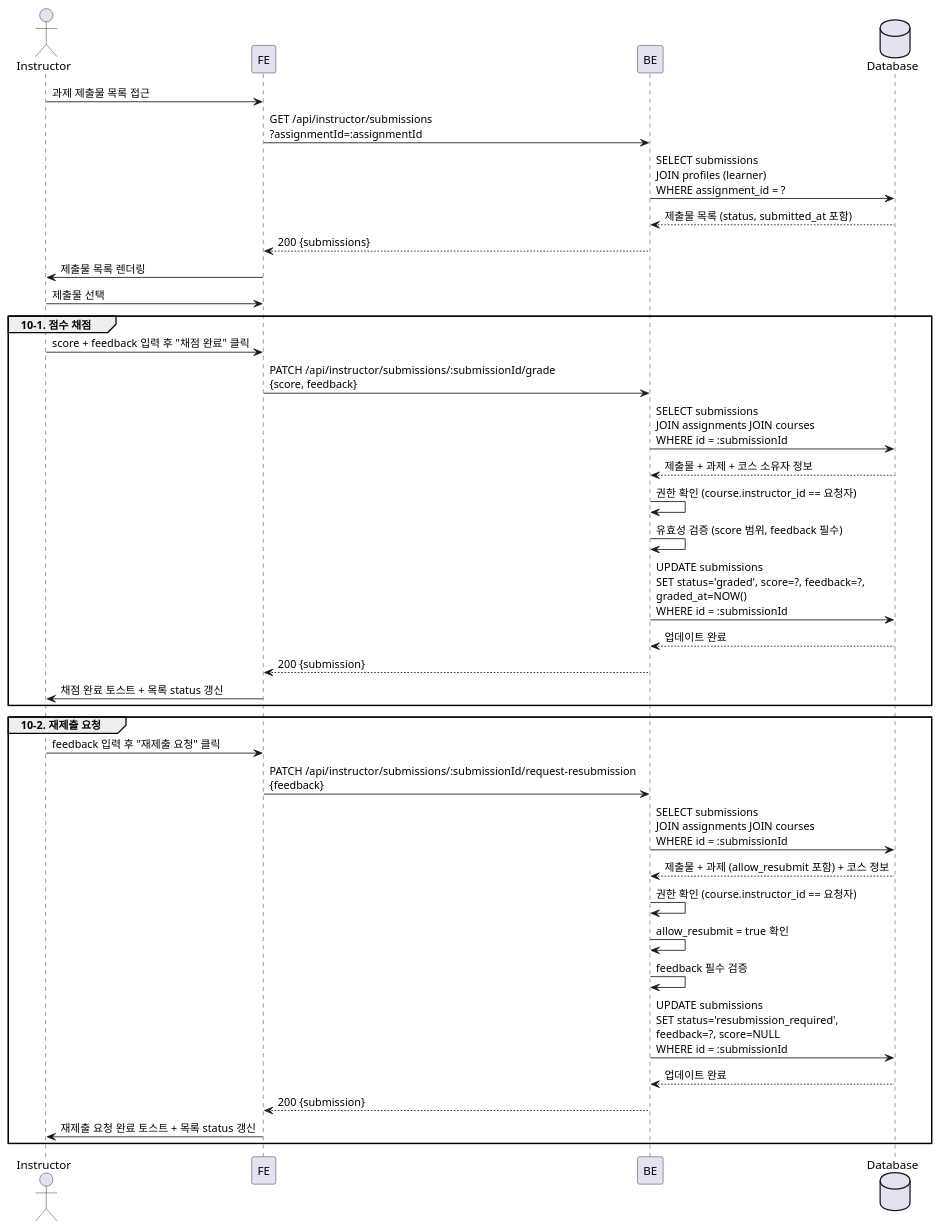
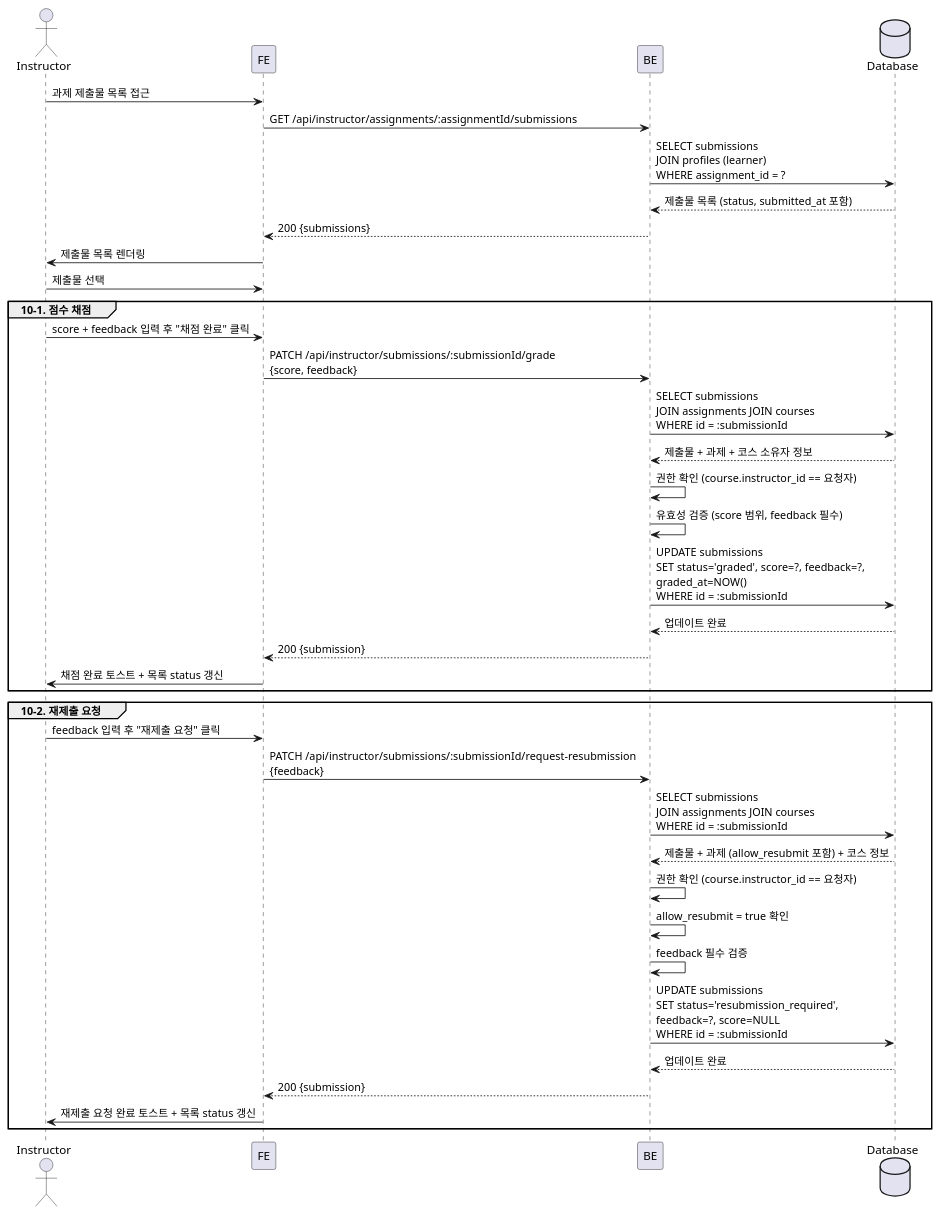
The diagram in docs/010/spec.md (greatson79/test1_lms), drawn with PlantUML before and after one commit. The commit also changed other lines of this file and 3 other files, not shown here.

````diff
--- a/docs/010/spec.md
+++ b/docs/010/spec.md
@@ -87,46 +87,46 @@
 ```plantuml
 @startuml
 
 actor Instructor
 participant FE
 participant BE
 database Database
 
 Instructor -> FE: 과제 제출물 목록 접근
-FE -> BE: GET /api/instructor/submissions\n?assignmentId=:assignmentId
+FE -> BE: GET /api/instructor/assignments/:assignmentId/submissions
 BE -> Database: SELECT submissions\nJOIN profiles (learner)\nWHERE assignment_id = ?
 Database --> BE: 제출물 목록 (status, submitted_at 포함)
 BE --> FE: 200 {submissions}
 FE -> Instructor: 제출물 목록 렌더링
 
 Instructor -> FE: 제출물 선택
 
 group 10-1. 점수 채점
   Instructor -> FE: score + feedback 입력 후 "채점 완료" 클릭
   FE -> BE: PATCH /api/instructor/submissions/:submissionId/grade\n{score, feedback}
   BE -> Database: SELECT submissions\nJOIN assignments JOIN courses\nWHERE id = :submissionId
   Database --> BE: 제출물 + 과제 + 코스 소유자 정보
   BE -> BE: 권한 확인 (course.instructor_id == 요청자)
   BE -> BE: 유효성 검증 (score 범위, feedback 필수)
   BE -> Database: UPDATE submissions\nSET status='graded', score=?, feedback=?,\ngraded_at=NOW()\nWHERE id = :submissionId
   Database --> BE: 업데이트 완료
   BE --> FE: 200 {submission}
   FE -> Instructor: 채점 완료 토스트 + 목록 status 갱신
 end
 
 group 10-2. 재제출 요청
   Instructor -> FE: feedback 입력 후 "재제출 요청" 클릭
   FE -> BE: PATCH /api/instructor/submissions/:submissionId/request-resubmission\n{feedback}
   BE -> Database: SELECT submissions\nJOIN assignments JOIN courses\nWHERE id = :submissionId
   Database --> BE: 제출물 + 과제 (allow_resubmit 포함) + 코스 정보
   BE -> BE: 권한 확인 (course.instructor_id == 요청자)
   BE -> BE: allow_resubmit = true 확인
   BE -> BE: feedback 필수 검증
   BE -> Database: UPDATE submissions\nSET status='resubmission_required',\nfeedback=?, score=NULL\nWHERE id = :submissionId
   Database --> BE: 업데이트 완료
   BE --> FE: 200 {submission}
   FE -> Instructor: 재제출 요청 완료 토스트 + 목록 status 갱신
 end
 
 @enduml
 ```
````
